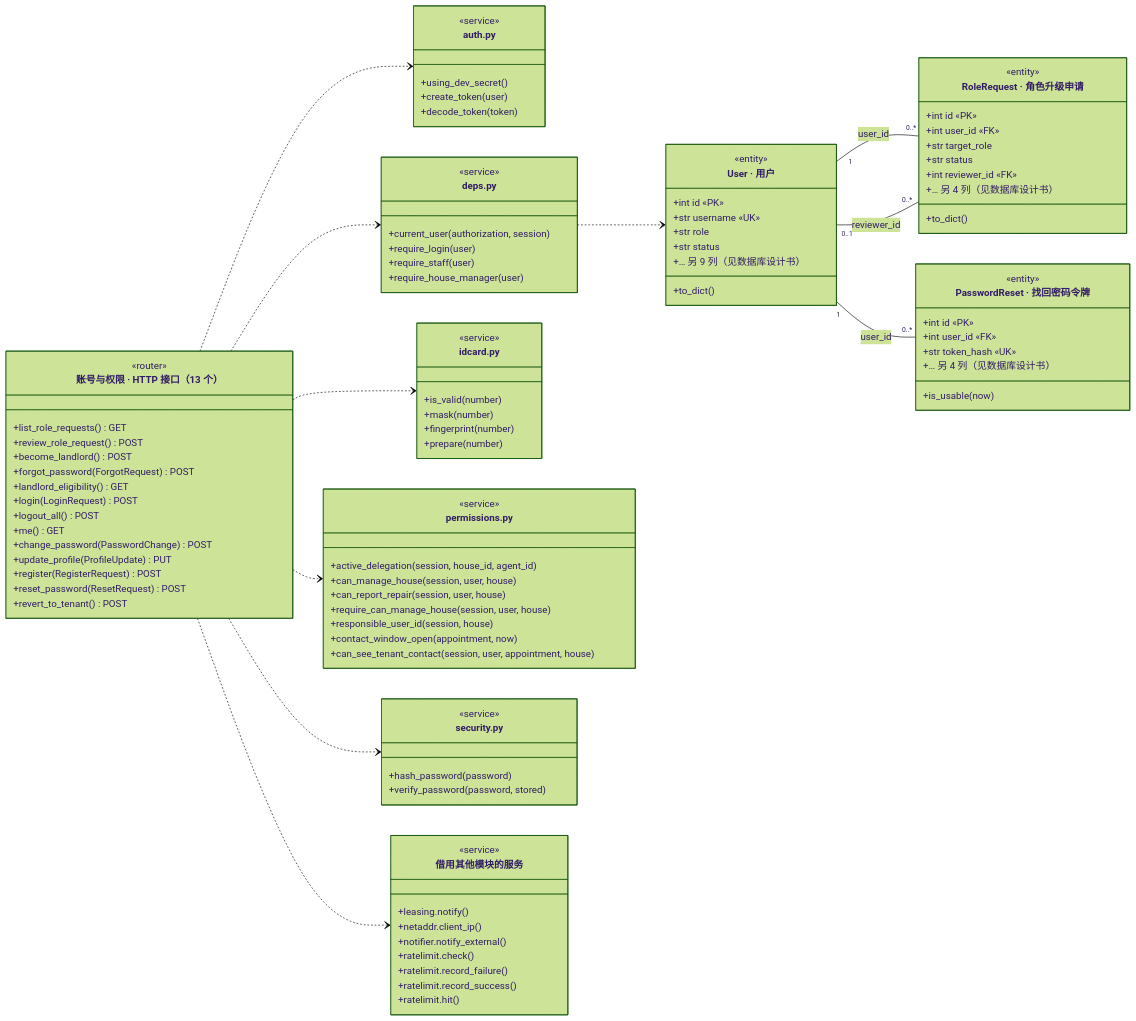
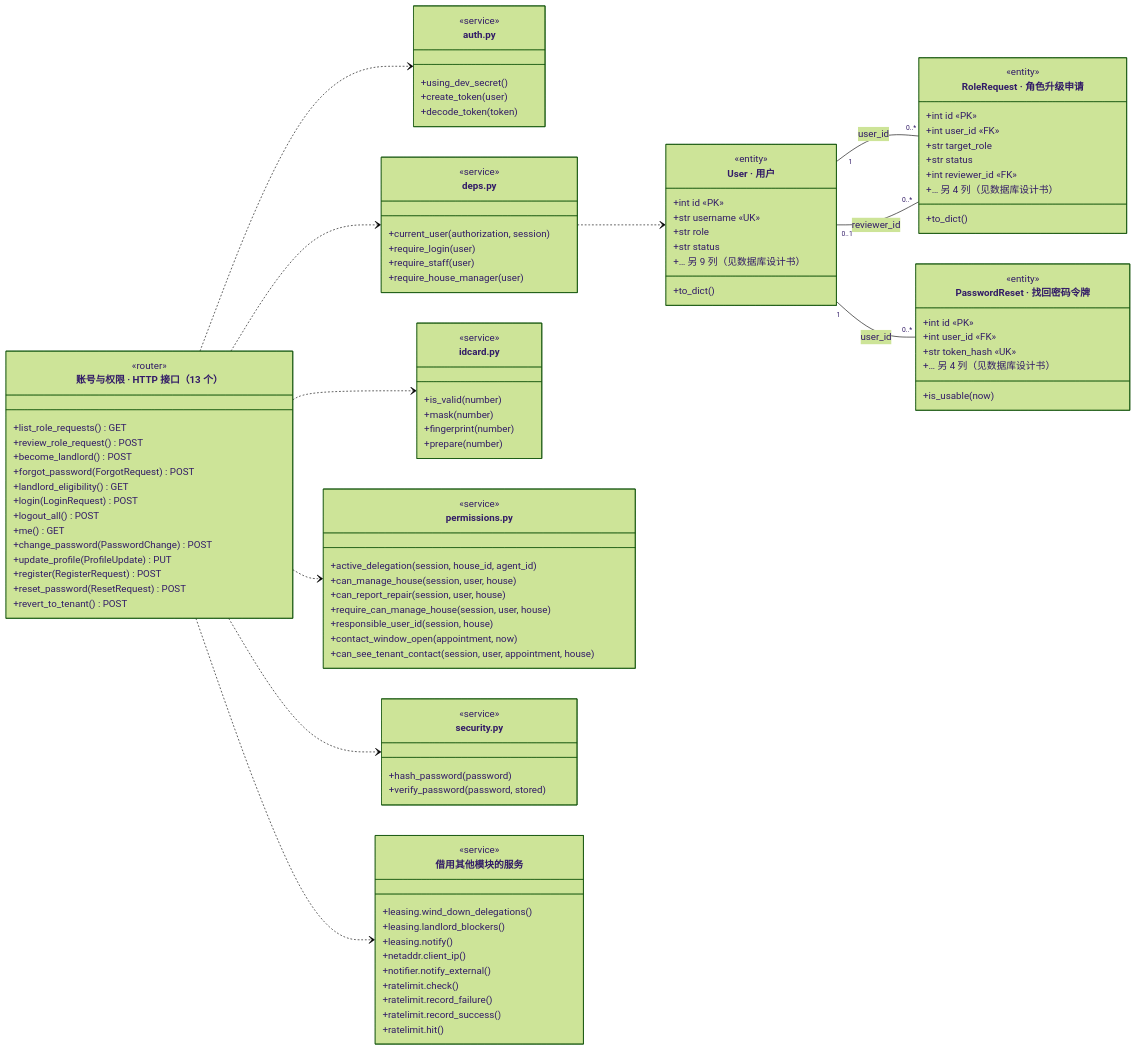
One commit to A107586/ai-house-rental changed the diagram in docs/图/class_account.mmd. Above: the diagram before and after it, drawn with Mermaid (forest theme). The commit also changed 23 other files, not shown here.

First line of the commit message:
fix(账号/委托/审核/图片): 身份收回后委托还挂着；复核下架公告无效；借图删图能删掉别人的照片

```diff
--- a/docs/图/class_account.mmd
+++ b/docs/图/class_account.mmd
@@ -1,100 +1,102 @@
 classDiagram
     direction LR
     class Api["账号与权限 · HTTP 接口（13 个）"] {
         <<router>>
         +list_role_requests() GET
         +review_role_request() POST
         +become_landlord() POST
         +forgot_password(ForgotRequest) POST
         +landlord_eligibility() GET
         +login(LoginRequest) POST
         +logout_all() POST
         +me() GET
         +change_password(PasswordChange) POST
         +update_profile(ProfileUpdate) PUT
         +register(RegisterRequest) POST
         +reset_password(ResetRequest) POST
         +revert_to_tenant() POST
     }
     class m_auth["auth.py"] {
         <<service>>
         +using_dev_secret()
         +create_token(user)
         +decode_token(token)
     }
     Api ..> m_auth
     class m_deps["deps.py"] {
         <<service>>
         +current_user(authorization, session)
         +require_login(user)
         +require_staff(user)
         +require_house_manager(user)
     }
     Api ..> m_deps
     class m_idcard["idcard.py"] {
         <<service>>
         +is_valid(number)
         +mask(number)
         +fingerprint(number)
         +prepare(number)
     }
     Api ..> m_idcard
     class m_permissions["permissions.py"] {
         <<service>>
         +active_delegation(session, house_id, agent_id)
         +can_manage_house(session, user, house)
         +can_report_repair(session, user, house)
         +require_can_manage_house(session, user, house)
         +responsible_user_id(session, house)
         +contact_window_open(appointment, now)
         +can_see_tenant_contact(session, user, appointment, house)
     }
     Api ..> m_permissions
     class m_security["security.py"] {
         <<service>>
         +hash_password(password)
         +verify_password(password, stored)
     }
     Api ..> m_security
     class m_shared["借用其他模块的服务"] {
         <<service>>
+        +leasing.wind_down_delegations()
+        +leasing.landlord_blockers()
         +leasing.notify()
         +netaddr.client_ip()
         +notifier.notify_external()
         +ratelimit.check()
         +ratelimit.record_failure()
         +ratelimit.record_success()
         +ratelimit.hit()
     }
     Api ..> m_shared
     class User["User · 用户"] {
         <<entity>>
         +int id «PK»
         +str username «UK»
         +str role
         +str status
         +… 另 9 列（见数据库设计书）
         +to_dict()
     }
     class RoleRequest["RoleRequest · 角色升级申请"] {
         <<entity>>
         +int id «PK»
         +int user_id «FK»
         +str target_role
         +str status
         +int reviewer_id «FK»
         +… 另 4 列（见数据库设计书）
         +to_dict()
     }
     class PasswordReset["PasswordReset · 找回密码令牌"] {
         <<entity>>
         +int id «PK»
         +int user_id «FK»
         +str token_hash «UK»
         +… 另 4 列（见数据库设计书）
         +is_usable(now)
     }
     User "1" -- "0..*" RoleRequest : user_id
     User "0..1" -- "0..*" RoleRequest : reviewer_id
     User "1" -- "0..*" PasswordReset : user_id
     m_deps ..> User
```
